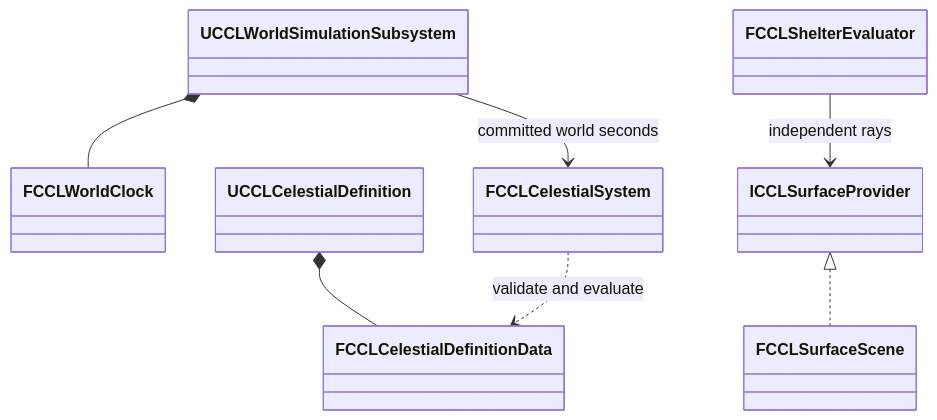
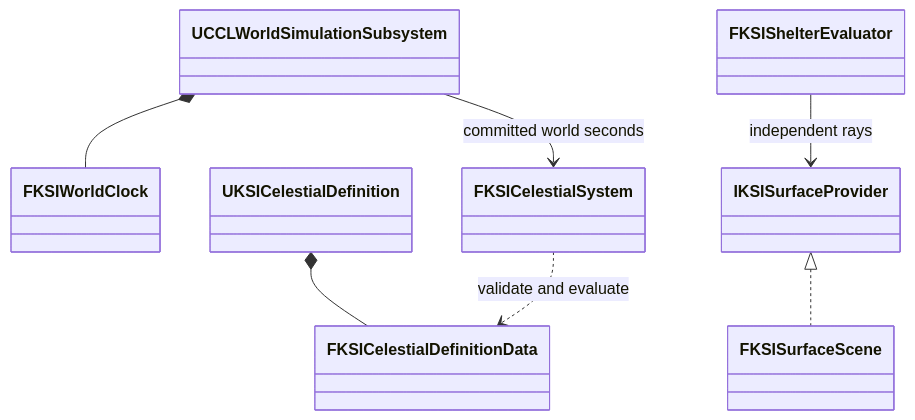
The fourth of 6 diagrams in Docs/EnvironmentPlan.md (kang-sihwon/ccl8), drawn with Mermaid before and after one commit. The commit also changed other lines of this file and 6 other files, not shown here.

````diff
--- a/Docs/EnvironmentPlan.md
+++ b/Docs/EnvironmentPlan.md
@@ -668,9 +666,9 @@
 ```mermaid
 classDiagram
-    UCCLWorldSimulationSubsystem *-- FCCLWorldClock
-    UCCLCelestialDefinition *-- FCCLCelestialDefinitionData
-    FCCLCelestialSystem ..> FCCLCelestialDefinitionData : validate and evaluate
-    UCCLWorldSimulationSubsystem --> FCCLCelestialSystem : committed world seconds
-    ICCLSurfaceProvider <|.. FCCLSurfaceScene
-    FCCLShelterEvaluator --> ICCLSurfaceProvider : independent rays
+    UCCLWorldSimulationSubsystem *-- FKSIWorldClock
+    UKSICelestialDefinition *-- FKSICelestialDefinitionData
+    FKSICelestialSystem ..> FKSICelestialDefinitionData : validate and evaluate
+    UCCLWorldSimulationSubsystem --> FKSICelestialSystem : committed world seconds
+    IKSISurfaceProvider <|.. FKSISurfaceScene
+    FKSIShelterEvaluator --> IKSISurfaceProvider : independent rays
 ```
````
